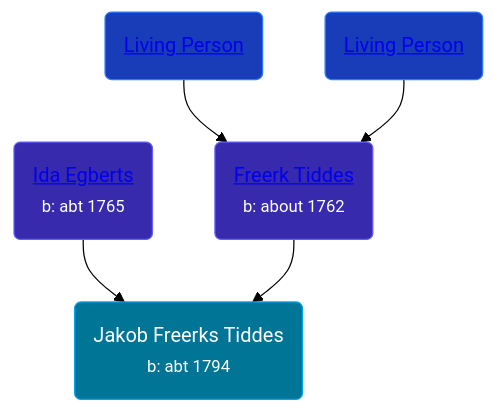
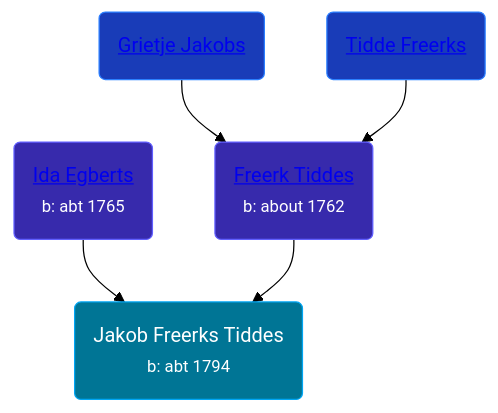
One commit to wpmgotkh/wpmgotkh.github.io changed the diagram in pages/people/1/17712576.md. Above: the diagram before and after it, drawn with Mermaid (forest theme). The commit also changed 586 other files, not shown here.

Commit message:
feat: better shouldConsiderPersonLiving algo

````diff
--- a/pages/people/1/17712576.md
+++ b/pages/people/1/17712576.md
@@ -10,11 +10,11 @@
 ```mermaid
 graph
 classDef grands fill:#193cb8,stroke:#2b7fff,stroke-width:1px,color:#fff;
 classDef parents fill:#372aac,stroke:#615fff,stroke-width:1px,color:#fff;
 classDef primary fill:#007595,stroke:#00a6f4,stroke-width:1px,color:#fff;
 17712576(Jakob Freerks Tiddes<br /><small>b: abt 1794</small>):::primary
 68075578(<a class="text-white" href="/people/6/68075578">Ida Egberts</a><br /><small>b: abt 1765</small>):::parents-->17712576
 21111317(<a class="text-white" href="/people/2/21111317">Freerk Tiddes</a><br /><small>b: about 1762</small>):::parents-->17712576
-42339241(<a class="text-white" href="/people/4/42339241">Living Person</a>):::grands-->21111317
-35267914(<a class="text-white" href="/people/3/35267914">Living Person</a>):::grands-->21111317
+42339241(<a class="text-white" href="/people/4/42339241">Grietje Jakobs</a>):::grands-->21111317
+35267914(<a class="text-white" href="/people/3/35267914">Tidde Freerks</a>):::grands-->21111317
 ```
````
